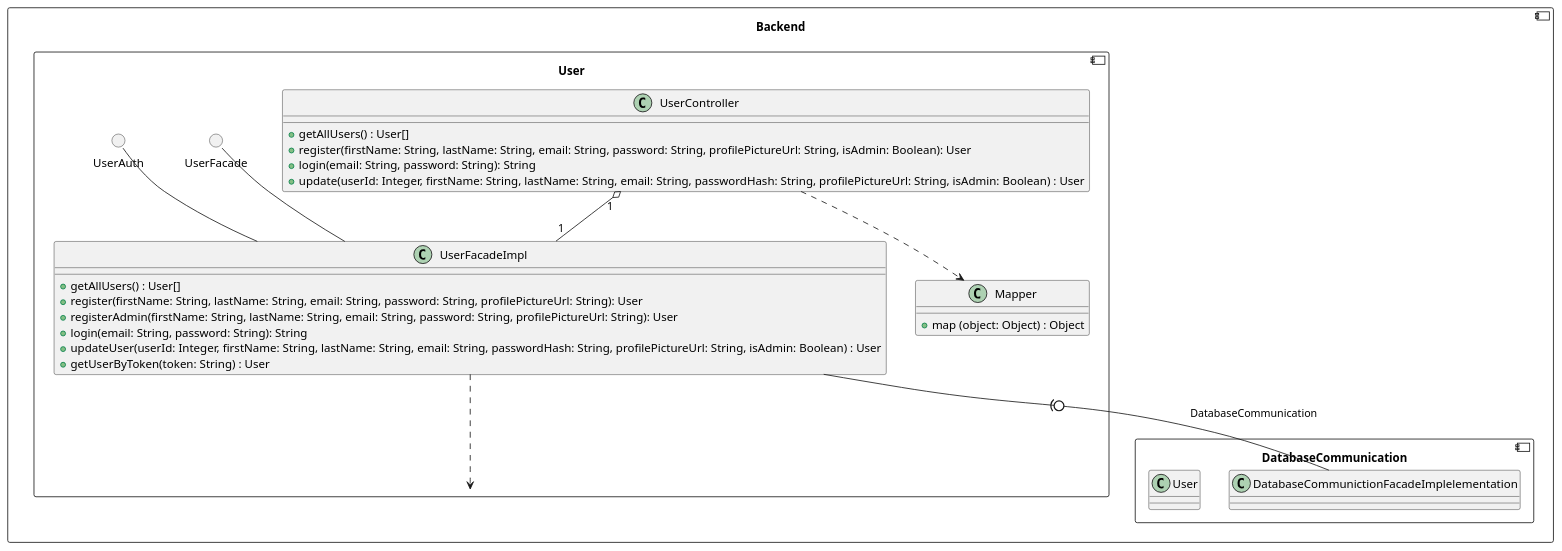
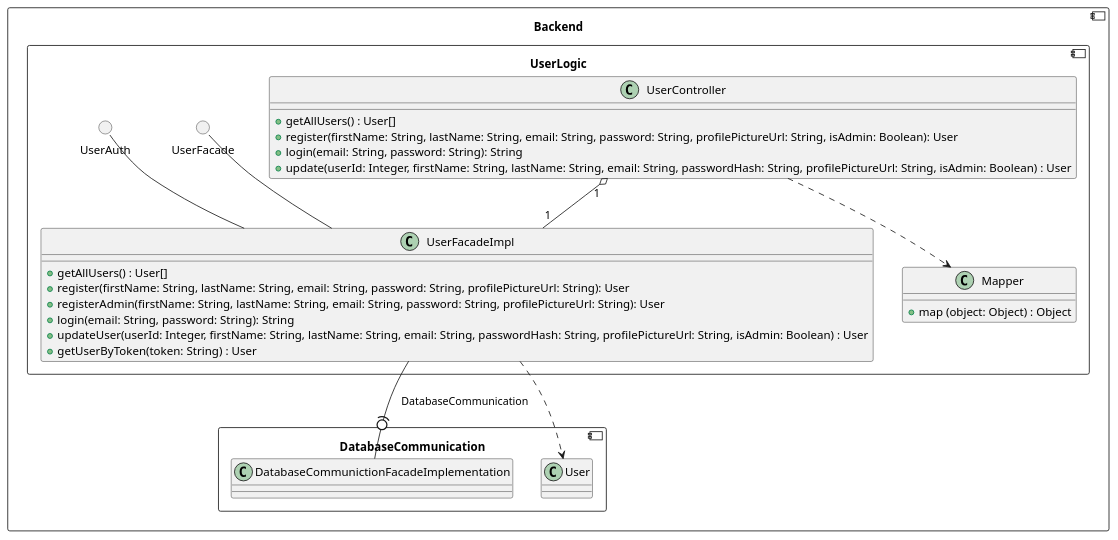
Before and after one commit to RadekBucki/OpinionCollectorArchitecture: the third of 5 diagrams in FullClassDiagrams.md, drawn with PlantUML. The commit also changed other lines of this file and 1 other file, not shown here.

Commit message:
Suggestion diagram and some fixes

````diff
--- a/FullClassDiagrams.md
+++ b/FullClassDiagrams.md
@@ -130,39 +130,39 @@
 ```plantuml
 component Backend {
-    component User {
+    component UserLogic {
         class UserController {
             + getAllUsers() : User[]
             + register(firstName: String, lastName: String, email: String, password: String, profilePictureUrl: String, isAdmin: Boolean): User
             + login(email: String, password: String): String
             + update(userId: Integer, firstName: String, lastName: String, email: String, passwordHash: String, profilePictureUrl: String, isAdmin: Boolean) : User
         }
         circle UserFacade
         circle UserAuth
         class UserFacadeImpl {
             + getAllUsers() : User[]
             + register(firstName: String, lastName: String, email: String, password: String, profilePictureUrl: String): User
             + registerAdmin(firstName: String, lastName: String, email: String, password: String, profilePictureUrl: String): User
             + login(email: String, password: String): String
             + updateUser(userId: Integer, firstName: String, lastName: String, email: String, passwordHash: String, profilePictureUrl: String, isAdmin: Boolean) : User
             + getUserByToken(token: String) : User
         }
         UserFacade -- UserFacadeImpl
         UserAuth   -- UserFacadeImpl
         
         UserController "1" o-- "1" UserFacadeImpl
         
         class Mapper {
             +map (object: Object) : Object
         }
         UserController ..> Mapper
     }
     
     component DatabaseCommunication {
-        class DatabaseCommunictionFacadeImplelementation
+        class DatabaseCommunictionFacadeImplementation
         class User
     }
-    UserFacadeImpl -(0- DatabaseCommunictionFacadeImplelementation : DatabaseCommunication
+    UserFacadeImpl -(0- DatabaseCommunictionFacadeImplementation : DatabaseCommunication
     UserFacadeImpl ..> User
     
 }
 ```
````
